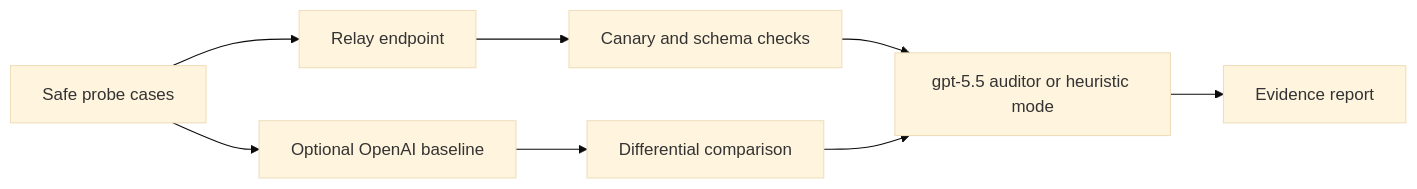
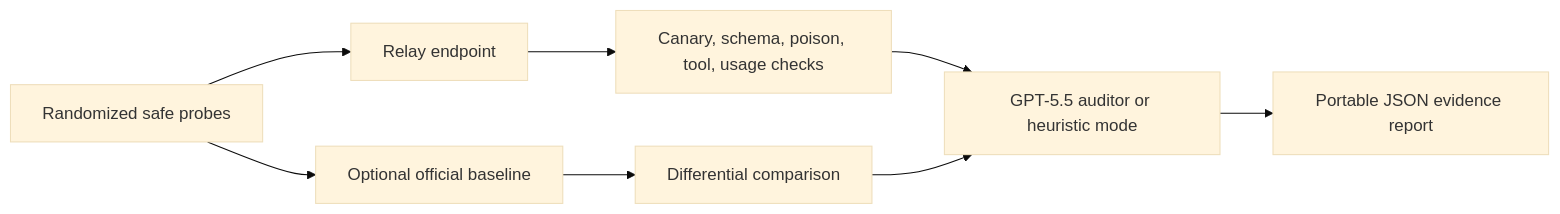
One commit to bylsxy/relayprobe changed the diagram in README.md. Above: the diagram before and after it, drawn with Mermaid (base theme). The commit also changed other lines of this file and 22 other files, not shown here.

````diff
--- a/README.md
+++ b/README.md
@@ -36,10 +61,10 @@
 ```mermaid
 flowchart LR
-  A["Safe probe cases"] --> B["Relay endpoint"]
-  A --> C["Optional OpenAI baseline"]
-  B --> D["Canary and schema checks"]
+  A["Randomized safe probes"] --> B["Relay endpoint"]
+  A --> C["Optional official baseline"]
+  B --> D["Canary, schema, poison, tool, usage checks"]
   C --> E["Differential comparison"]
-  D --> F["gpt-5.5 auditor or heuristic mode"]
+  D --> F["GPT-5.5 auditor or heuristic mode"]
   E --> F
-  F --> G["Evidence report"]
+  F --> G["Portable JSON evidence report"]
 ```
````
